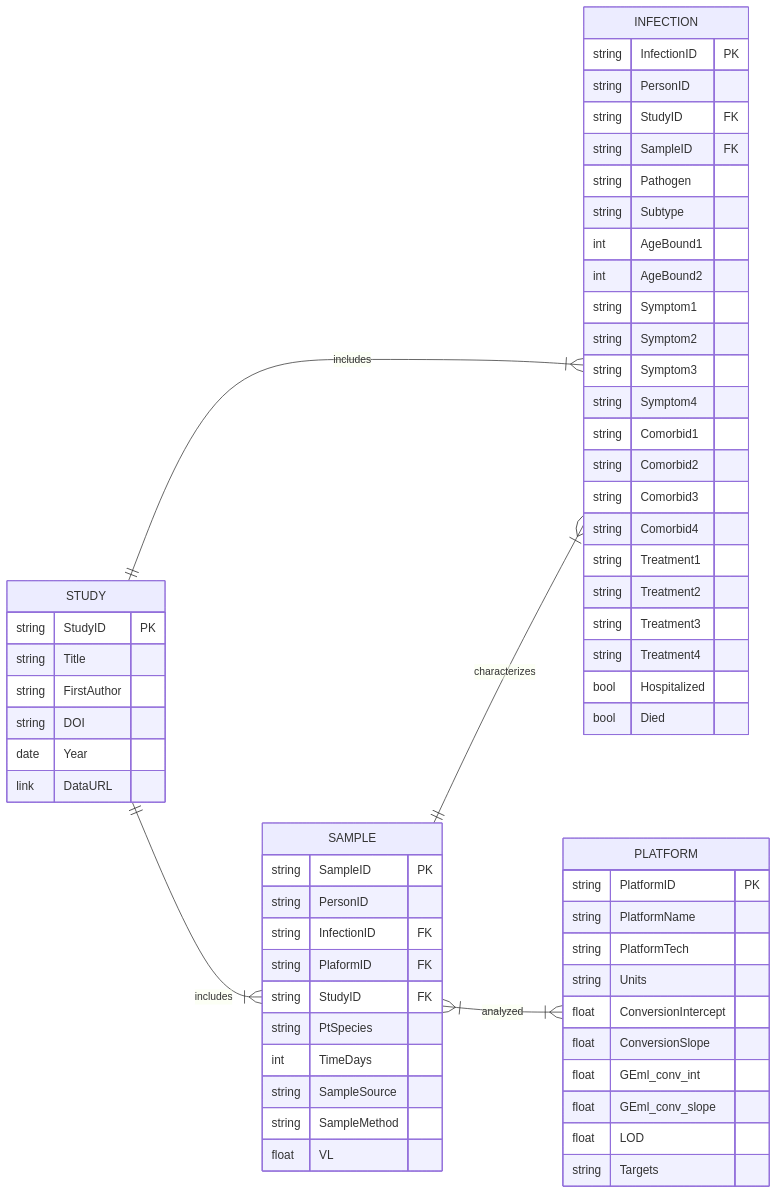
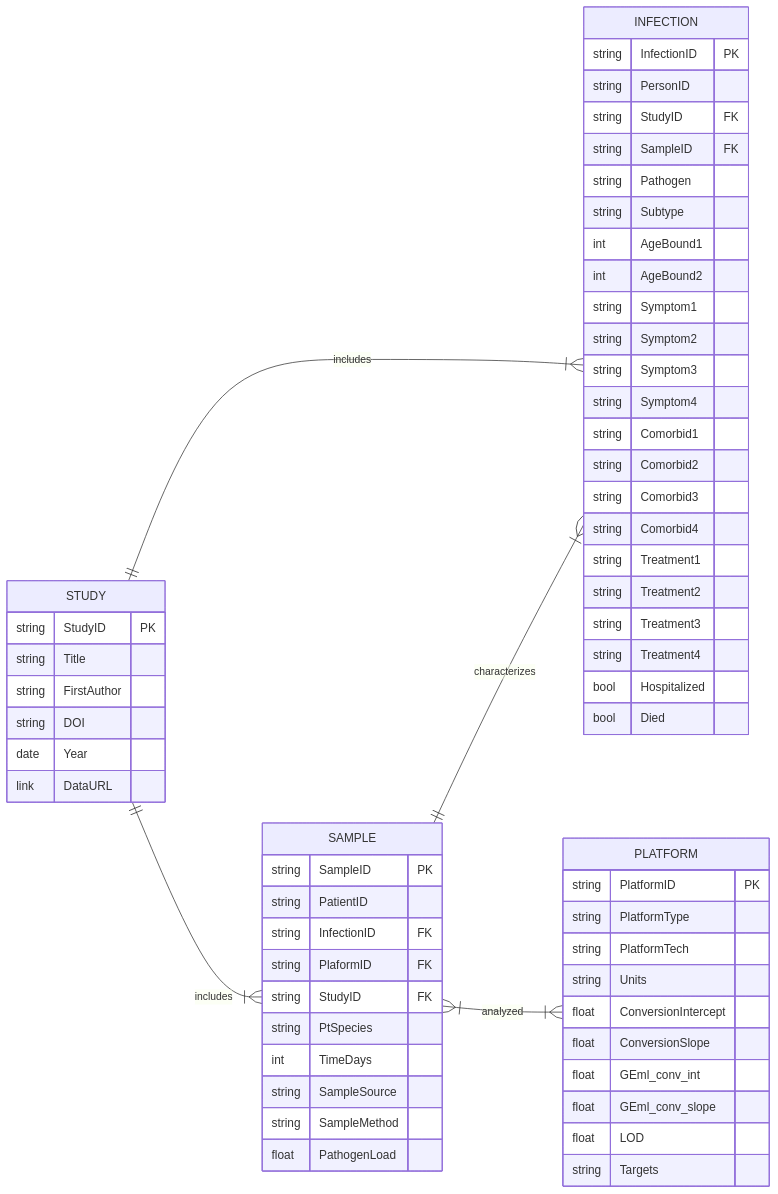
Before and after one commit to OpenPKCommons/OPKC: the second of 2 diagrams in README.md, drawn with Mermaid. The commit also changed other lines of this file and 14 other files, not shown here.

Commit message:
finished Eales/Baker ingestion in totality! and updated schema: PlatformType, PathogenLoad, and PatientID. All dependent files updated.

````diff
--- a/README.md
+++ b/README.md
@@ -128,64 +132,64 @@
 ```mermaid
 erDiagram
     direction LR
     STUDY ||--|{ SAMPLE : includes
     STUDY ||--|{ INFECTION : includes
     SAMPLE ||--|{ INFECTION : characterizes
     SAMPLE }|--|{ PLATFORM : analyzed
     STUDY {
         string StudyID PK
         string Title
         string FirstAuthor
         string DOI
         date Year
         link DataURL
     }
     SAMPLE {
         string SampleID PK
-        string PersonID
+        string PatientID
         string InfectionID FK
         string PlaformID FK
         string StudyID FK
         string PtSpecies
         int TimeDays
         string SampleSource
         string SampleMethod
-        float VL
+        float PathogenLoad
     }
     INFECTION {
         string InfectionID PK
         string PersonID
         string StudyID FK
         string SampleID FK
         string Pathogen
         string Subtype
         int AgeBound1
         int AgeBound2
         string Symptom1
         string Symptom2
         string Symptom3
         string Symptom4
         string Comorbid1
         string Comorbid2
         string Comorbid3
         string Comorbid4
         string Treatment1
         string Treatment2
         string Treatment3
         string Treatment4
         bool Hospitalized
         bool Died
     }
     PLATFORM {
         string PlatformID PK
-		string PlatformName
+		string PlatformType
 		string PlatformTech
         string Units
         float ConversionIntercept
         float ConversionSlope
         float GEml_conv_int
         float GEml_conv_slope
         float LOD
         string Targets
     }
 ```
````
